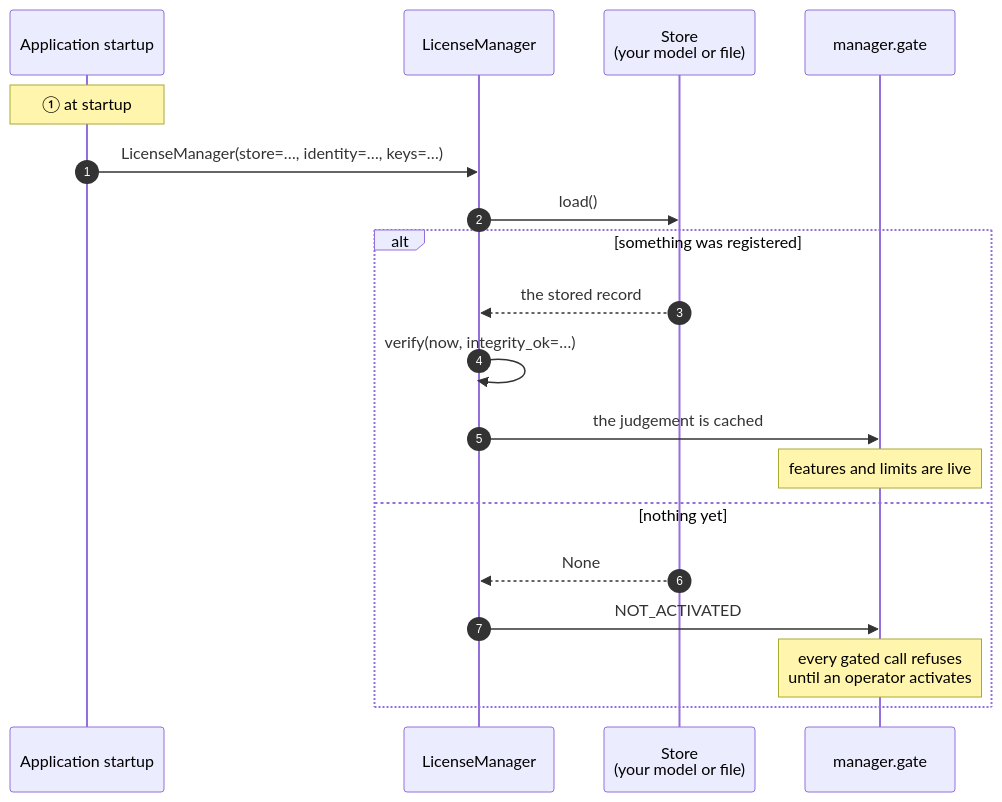
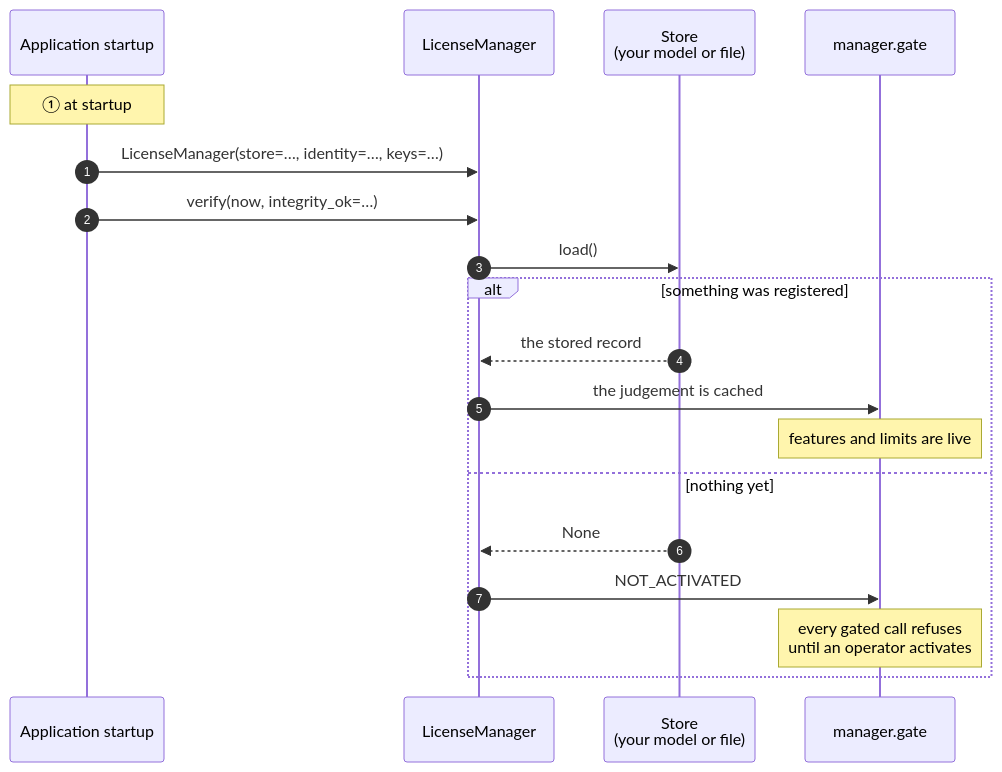
Before and after one commit to accesscore-dev/accesscore-license-sdk-dist: the first of 2 diagrams in docs/manual/en/python.md, drawn with Mermaid. The commit also changed other lines of this file and 28 other files, not shown here.

````diff
--- a/docs/manual/en/python.md
+++ b/docs/manual/en/python.md
@@ -8,22 +8,22 @@
 ```mermaid
 sequenceDiagram
     autonumber
     participant Boot as Application startup
     participant Mgr as LicenseManager
     participant Store as Store<br/>(your model or file)
     participant Gate as manager.gate
 
     Note over Boot: ① at startup
     Boot->>Mgr: LicenseManager(store=…, identity=…, keys=…)
+    Boot->>Mgr: verify(now, integrity_ok=…)
     Mgr->>Store: load()
     alt something was registered
         Store-->>Mgr: the stored record
-        Mgr->>Mgr: verify(now, integrity_ok=…)
         Mgr->>Gate: the judgement is cached
         Note over Gate: features and limits are live
     else nothing yet
         Store-->>Mgr: None
         Mgr->>Gate: NOT_ACTIVATED
         Note over Gate: every gated call refuses<br/>until an operator activates
     end
 ```
````
